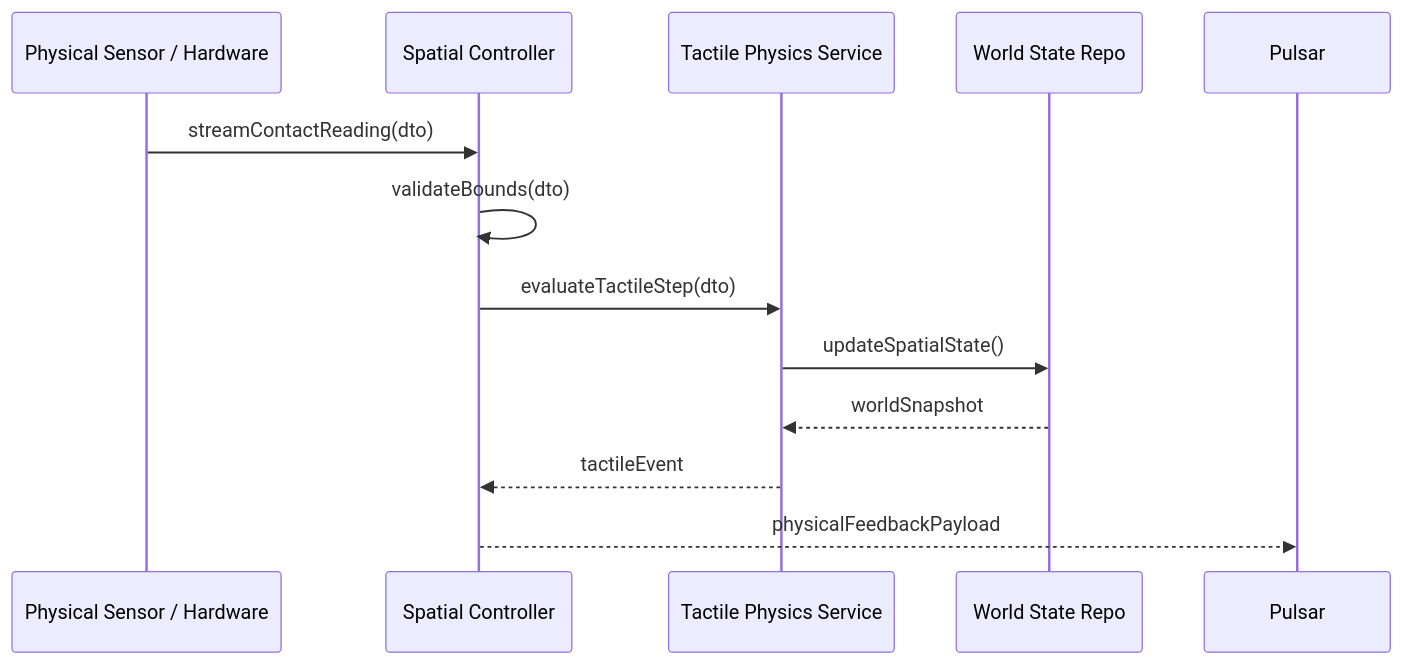
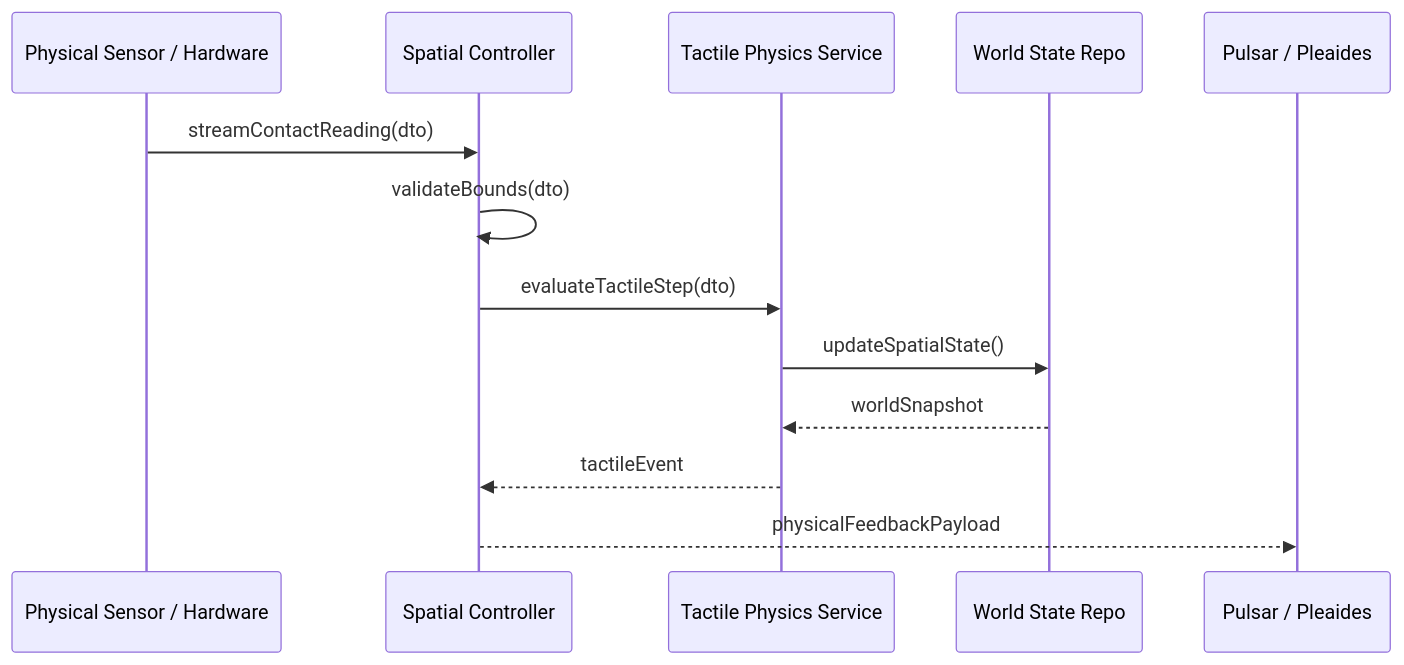
The diagram in README.md (natuleadan/caelum), drawn with Mermaid before and after one commit. The commit also changed other lines of this file and 3 other files, not shown here.

````diff
--- a/README.md
+++ b/README.md
@@ -74,16 +74,16 @@
 ```mermaid
 sequenceDiagram
     participant Sensor as Physical Sensor / Hardware
     participant Ctrl as Spatial Controller
     participant Svc as Tactile Physics Service
     participant Repo as World State Repo
-    participant Agent as Pulsar
+    participant Agent as Pulsar / Pleaides
 
     Sensor->>Ctrl: streamContactReading(dto)
     Ctrl->>Ctrl: validateBounds(dto)
     Ctrl->>Svc: evaluateTactileStep(dto)
     Svc->>Repo: updateSpatialState()
     Repo-->>Svc: worldSnapshot
     Svc-->>Ctrl: tactileEvent
     Ctrl-->>Agent: physicalFeedbackPayload
 ```
````
